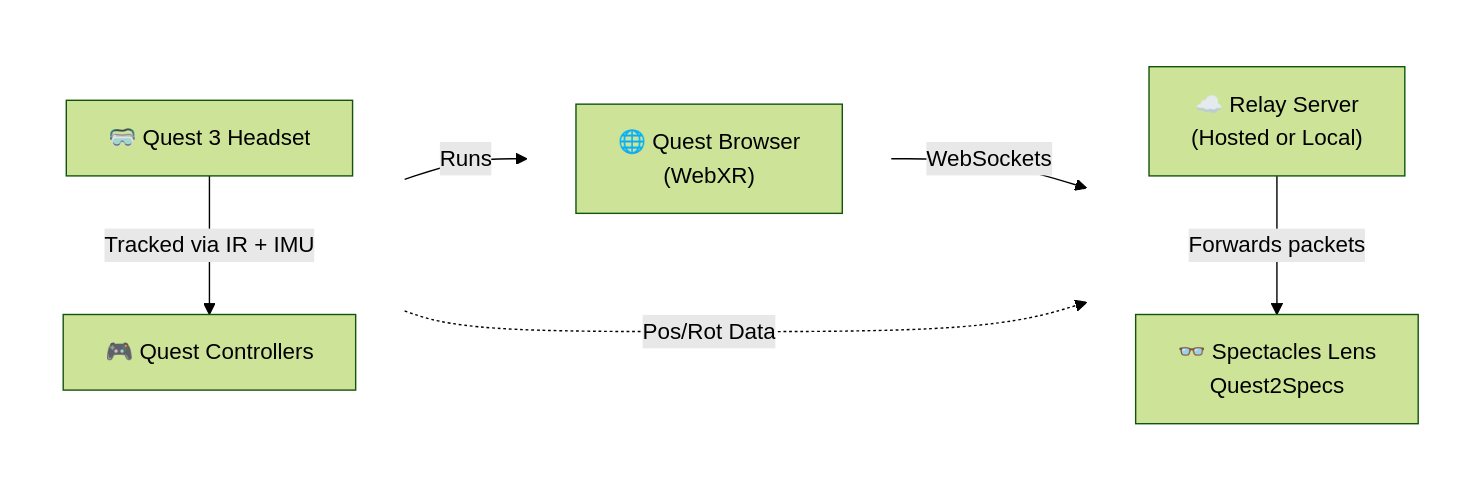
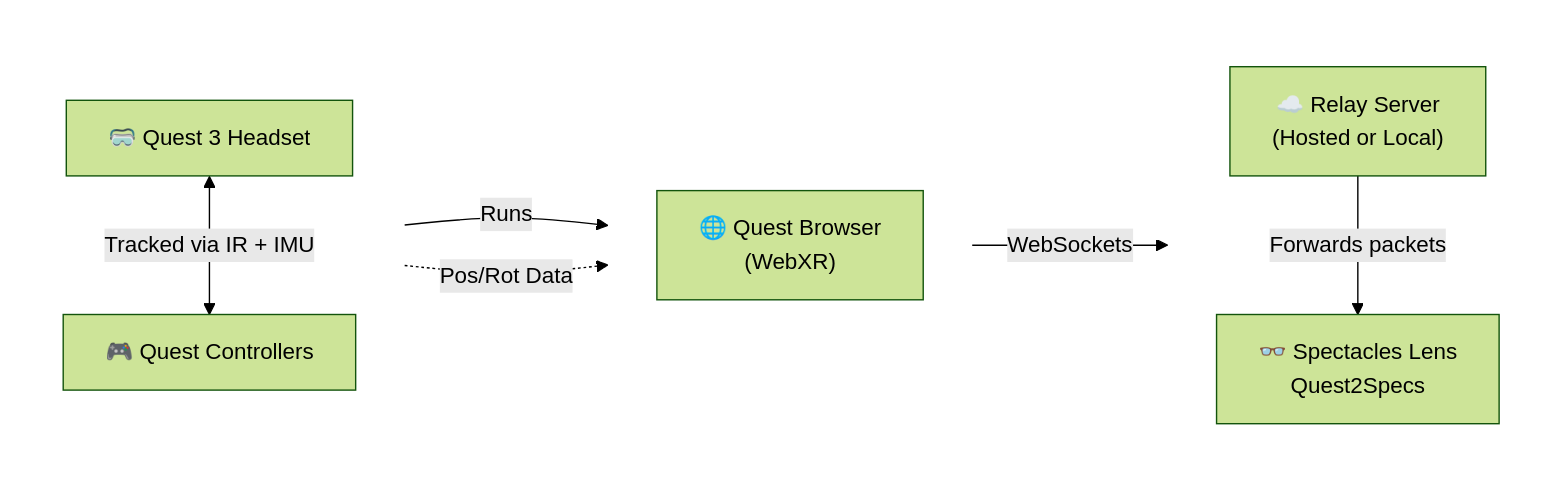
The diagram in README.md (amirmohideen/Quest2Specs), drawn with Mermaid (forest theme) before and after one commit.

````diff
--- a/README.md
+++ b/README.md
@@ -136,25 +136,25 @@
 ```mermaid
 flowchart LR
   subgraph col1 [ ]
     direction TB
-    Quest3["🥽 Quest 3 Headset"] -->|"Tracked via IR + IMU"| Controllers["🎮 Quest Controllers"]
+    Quest3["🥽 Quest 3 Headset"] <-->|"Tracked via IR + IMU"| Controllers["🎮 Quest Controllers"]
   end
   
   subgraph col2 [ ]
     direction TB
     Browser["🌐 Quest Browser<br>(WebXR)"]
   end
   
   subgraph col3 [ ]
     direction TB
     Server["☁️ Relay Server<br>(Hosted or Local)"] -->|"Forwards packets"| Lens["👓 Spectacles Lens<br>Quest2Specs"]
   end
   
   Quest3 -->|"Runs"| Browser
   Browser -->|"WebSockets"| Server
-  Controllers -.->|"Pos/Rot Data"| Server
+  Controllers -.->|"Pos/Rot Data"| Browser
   
   style col1 fill:transparent,stroke:transparent
   style col2 fill:transparent,stroke:transparent
   style col3 fill:transparent,stroke:transparent
 ```
````
